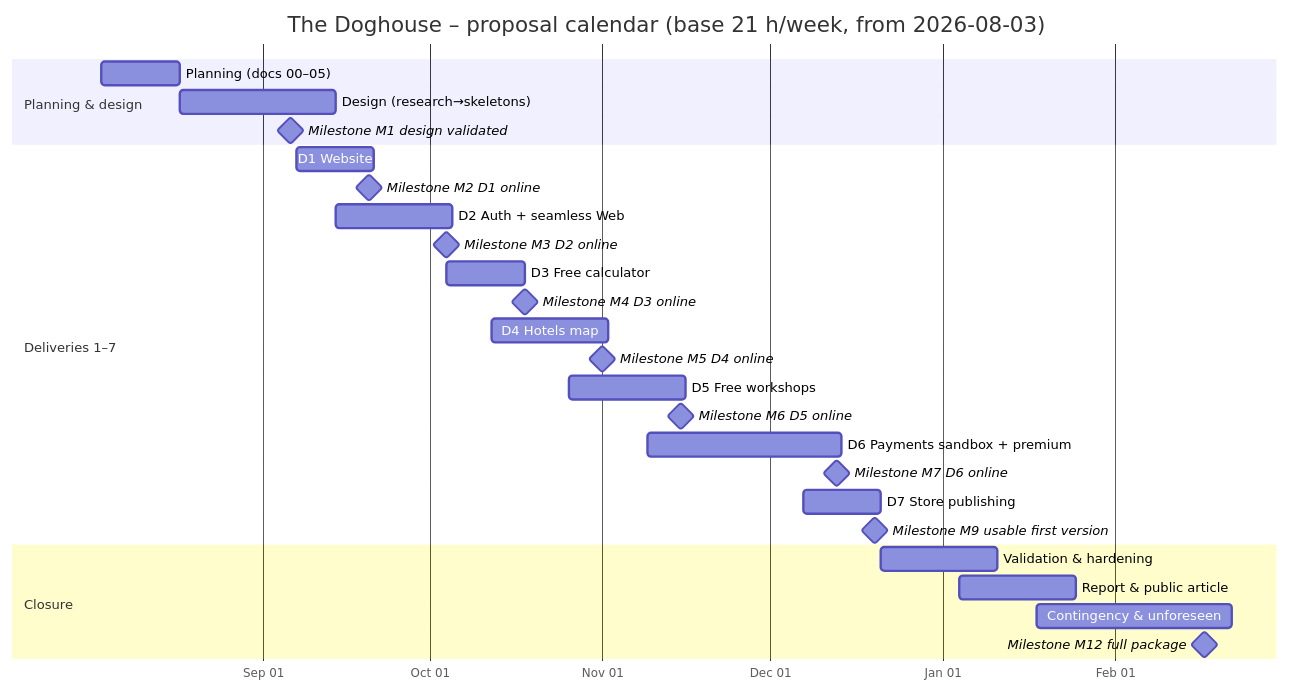
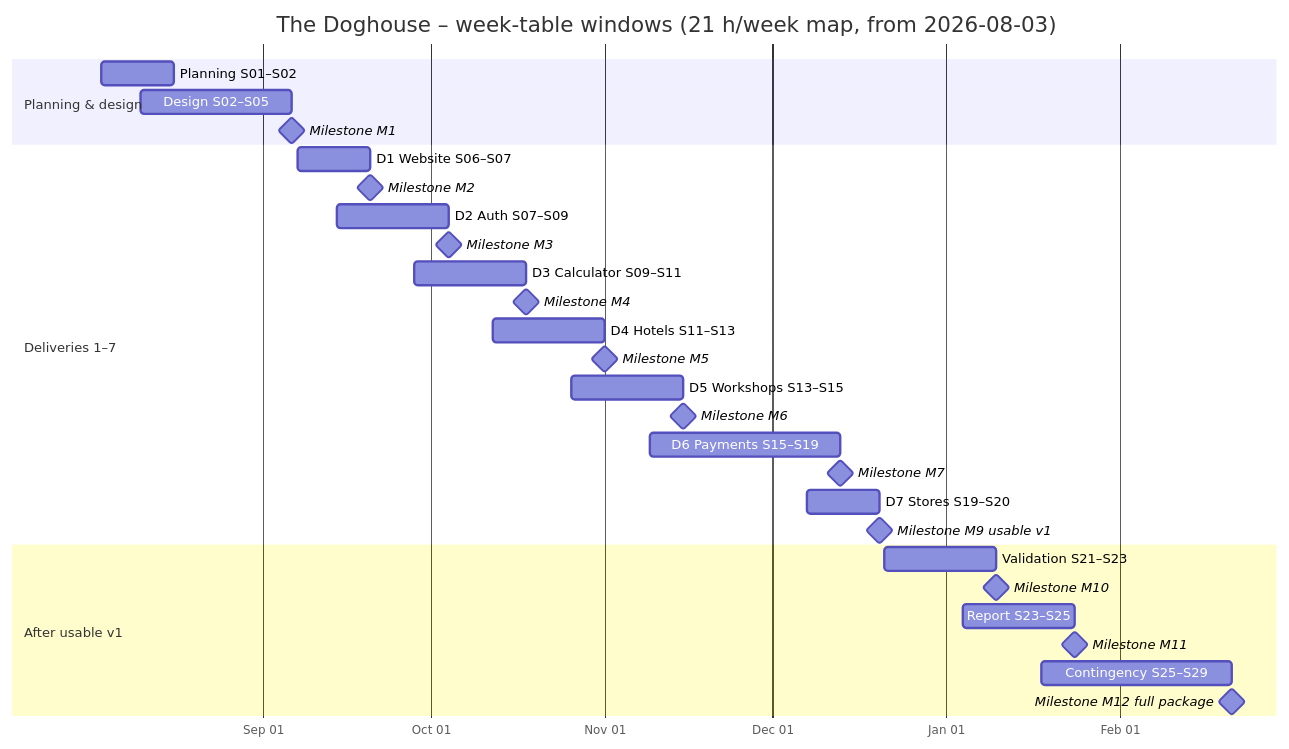
One commit to Jaime-1993/TheDoghouse changed the diagram in docs/05_GANTT.md. Above: the diagram before and after it, drawn with Mermaid. The commit also changed other lines of this file and 7 other files, not shown here.

Commit message:
docs: align proposal pack on solo calendar and publication path

````diff
--- a/docs/05_GANTT.md
+++ b/docs/05_GANTT.md
@@ -134,30 +125,32 @@
 ```mermaid
 gantt
-    title The Doghouse – proposal calendar (base 21 h/week, from 2026-08-03)
+    title The Doghouse – week-table windows (21 h/week map, from 2026-08-03)
     dateFormat  YYYY-MM-DD
     axisFormat  %b %d
     section Planning & design
-    Planning (docs 00–05)           :p1, 2026-08-03, 14d
-    Design (research→skeletons)     :p2, after p1, 28d
-    Milestone M1 design validated   :milestone, m1, 2026-09-06, 0d
+    Planning S01–S02                :p1, 2026-08-03, 2026-08-16
+    Design S02–S05                  :p2, 2026-08-10, 2026-09-06
+    Milestone M1                    :milestone, m1, 2026-09-06, 0d
     section Deliveries 1–7
-    D1 Website                      :d1, 2026-09-07, 14d
-    Milestone M2 D1 online          :milestone, m2, 2026-09-20, 0d
-    D2 Auth + seamless Web          :d2, 2026-09-14, 21d
-    Milestone M3 D2 online          :milestone, m3, 2026-10-04, 0d
-    D3 Free calculator              :d3, 2026-10-04, 14d
-    Milestone M4 D3 online          :milestone, m4, 2026-10-18, 0d
-    D4 Hotels map                   :d4, 2026-10-12, 21d
-    Milestone M5 D4 online          :milestone, m5, 2026-11-01, 0d
-    D5 Free workshops               :d5, 2026-10-26, 21d
-    Milestone M6 D5 online          :milestone, m6, 2026-11-15, 0d
-    D6 Payments sandbox + premium   :d6, 2026-11-09, 35d
-    Milestone M7 D6 online          :milestone, m7, 2026-12-13, 0d
-    D7 Store publishing             :d7, 2026-12-07, 14d
-    Milestone M9 usable first version :milestone, m9, 2026-12-20, 0d
-    section Closure
-    Validation & hardening          :v1, 2026-12-21, 21d
-    Report & public article         :r1, 2027-01-04, 21d
-    Contingency & unforeseen        :c1, 2027-01-18, 35d
-    Milestone M12 full package      :milestone, m12, 2027-02-17, 0d
+    D1 Website S06–S07              :d1, 2026-09-07, 2026-09-20
+    Milestone M2                    :milestone, m2, 2026-09-20, 0d
+    D2 Auth S07–S09                 :d2, 2026-09-14, 2026-10-04
+    Milestone M3                    :milestone, m3, 2026-10-04, 0d
+    D3 Calculator S09–S11           :d3, 2026-09-28, 2026-10-18
+    Milestone M4                    :milestone, m4, 2026-10-18, 0d
+    D4 Hotels S11–S13               :d4, 2026-10-12, 2026-11-01
+    Milestone M5                    :milestone, m5, 2026-11-01, 0d
+    D5 Workshops S13–S15            :d5, 2026-10-26, 2026-11-15
+    Milestone M6                    :milestone, m6, 2026-11-15, 0d
+    D6 Payments S15–S19             :d6, 2026-11-09, 2026-12-13
+    Milestone M7                    :milestone, m7, 2026-12-13, 0d
+    D7 Stores S19–S20               :d7, 2026-12-07, 2026-12-20
+    Milestone M9 usable v1          :milestone, m9, 2026-12-20, 0d
+    section After usable v1
+    Validation S21–S23              :v1, 2026-12-21, 2027-01-10
+    Milestone M10                   :milestone, m10, 2027-01-10, 0d
+    Report S23–S25                  :r1, 2027-01-04, 2027-01-24
+    Milestone M11                   :milestone, m11, 2027-01-24, 0d
+    Contingency S25–S29             :c1, 2027-01-18, 2027-02-21
+    Milestone M12 full package      :milestone, m12, 2027-02-21, 0d
 ```
````
